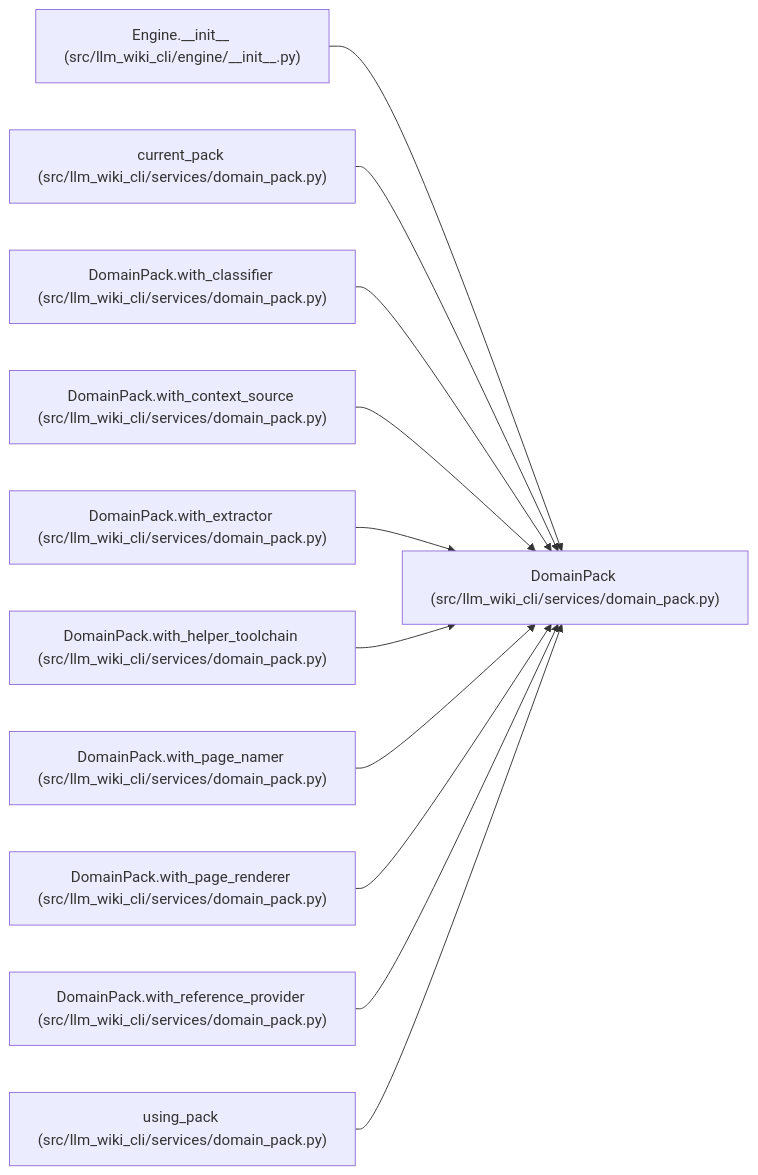
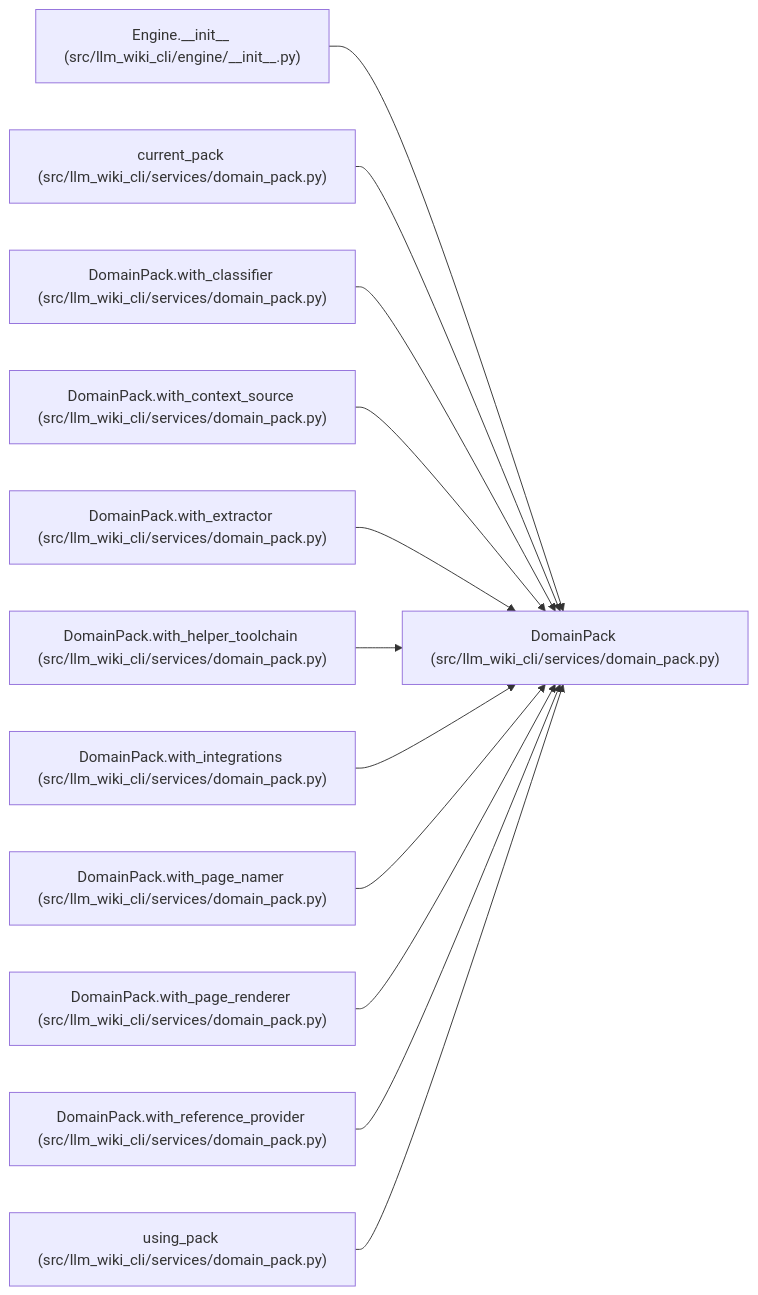
One commit to Denissvgn/python-wiki-llm changed the diagram in docs/llm_wiki/entities/DomainPack.md. Above: the diagram before and after it, drawn with Mermaid. The commit also changed other lines of this file and 585 other files, not shown here.

Commit message:
docs: refresh the wiki for per-engine integrations

````diff
--- a/docs/llm_wiki/entities/DomainPack.md
+++ b/docs/llm_wiki/entities/DomainPack.md
@@ -45,35 +47,38 @@
 ```mermaid
 flowchart LR
     n0["DomainPack (src/llm_wiki_cli/services/domain_pack.py)"]
     n1["Engine.__init__ (src/llm_wiki_cli/engine/__init__.py)"]
     n2["current_pack (src/llm_wiki_cli/services/domain_pack.py)"]
     n3["DomainPack.with_classifier (src/llm_wiki_cli/services/domain_pack.py)"]
     n4["DomainPack.with_context_source (src/llm_wiki_cli/services/domain_pack.py)"]
     n5["DomainPack.with_extractor (src/llm_wiki_cli/services/domain_pack.py)"]
     n6["DomainPack.with_helper_toolchain (src/llm_wiki_cli/services/domain_pack.py)"]
-    n7["DomainPack.with_page_namer (src/llm_wiki_cli/services/domain_pack.py)"]
-    n8["DomainPack.with_page_renderer (src/llm_wiki_cli/services/domain_pack.py)"]
-    n9["DomainPack.with_reference_provider (src/llm_wiki_cli/services/domain_pack.py)"]
-    n10["using_pack (src/llm_wiki_cli/services/domain_pack.py)"]
+    n7["DomainPack.with_integrations (src/llm_wiki_cli/services/domain_pack.py)"]
+    n8["DomainPack.with_page_namer (src/llm_wiki_cli/services/domain_pack.py)"]
+    n9["DomainPack.with_page_renderer (src/llm_wiki_cli/services/domain_pack.py)"]
+    n10["DomainPack.with_reference_provider (src/llm_wiki_cli/services/domain_pack.py)"]
+    n11["using_pack (src/llm_wiki_cli/services/domain_pack.py)"]
     n1 --> n0
     n2 --> n0
     n3 --> n0
     n4 --> n0
     n5 --> n0
     n6 --> n0
     n7 --> n0
     n8 --> n0
     n9 --> n0
     n10 --> n0
+    n11 --> n0
     click n0 "../modules/domain_pack.md"
     click n1 "../modules/engine___init__.md"
     click n2 "../modules/domain_pack.md"
     click n3 "../modules/domain_pack.md"
     click n4 "../modules/domain_pack.md"
     click n5 "../modules/domain_pack.md"
     click n6 "../modules/domain_pack.md"
     click n7 "../modules/domain_pack.md"
     click n8 "../modules/domain_pack.md"
     click n9 "../modules/domain_pack.md"
     click n10 "../modules/domain_pack.md"
+    click n11 "../modules/domain_pack.md"
 ```
````
